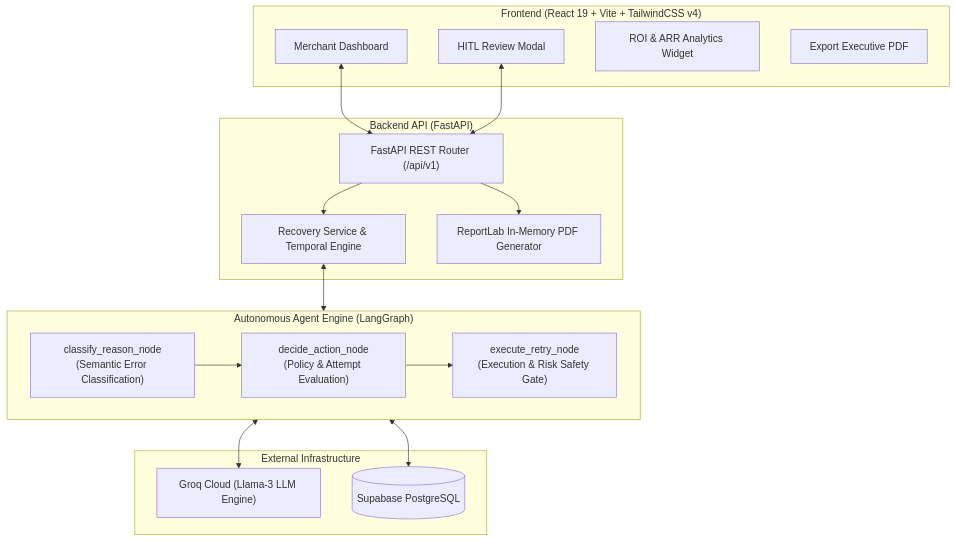
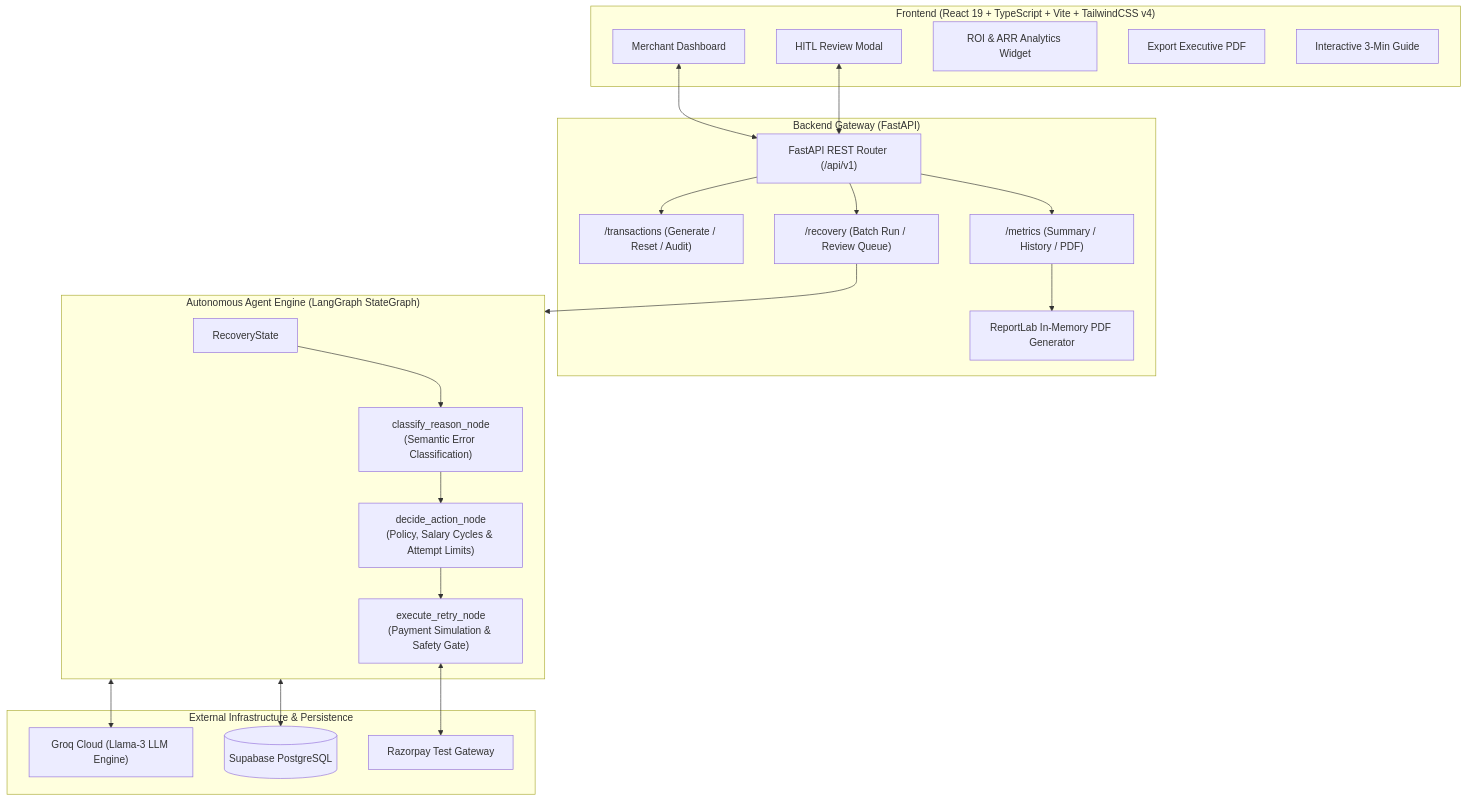
One commit to abhaysingh-22/Razorpay changed the diagram in README.md. Above: the diagram before and after it, drawn with Mermaid. The commit also changed other lines of this file, not shown here.

Commit message:
docs: update README with detailed architecture, multi-run lifecycle, and interactive demo guide

````diff
--- a/README.md
+++ b/README.md
@@ -29,35 +33,42 @@
 ```mermaid
 flowchart TD
-    subgraph Frontend ["Frontend (React 19 + Vite + TailwindCSS v4)"]
+    subgraph Frontend ["Frontend (React 19 + TypeScript + Vite + TailwindCSS v4)"]
         UI["Merchant Dashboard"]
         HITL_UI["HITL Review Modal"]
         ROI_UI["ROI & ARR Analytics Widget"]
         PDF_BTN["Export Executive PDF"]
+        GUIDE_UI["Interactive 3-Min Guide"]
     end
 
-    subgraph Backend ["Backend API (FastAPI)"]
+    subgraph Backend ["Backend Gateway (FastAPI)"]
         Router["FastAPI REST Router (/api/v1)"]
-        Service["Recovery Service & Temporal Engine"]
+        Tx_API["/transactions (Generate / Reset / Audit)"]
+        Rec_API["/recovery (Batch Run / Review Queue)"]
+        Met_API["/metrics (Summary / History / PDF)"]
         PDF_Engine["ReportLab In-Memory PDF Generator"]
     end
 
-    subgraph Agentic_Core ["Autonomous Agent Engine (LangGraph)"]
+    subgraph Agentic_Core ["Autonomous Agent Engine (LangGraph StateGraph)"]
+        State["RecoveryState"]
         Node1["classify_reason_node\n(Semantic Error Classification)"]
-        Node2["decide_action_node\n(Policy & Attempt Evaluation)"]
-        Node3["execute_retry_node\n(Execution & Risk Safety Gate)"]
-        Node1 --> Node2 --> Node3
+        Node2["decide_action_node\n(Policy, Salary Cycles & Attempt Limits)"]
+        Node3["execute_retry_node\n(Payment Simulation & Safety Gate)"]
+        
+        State --> Node1 --> Node2 --> Node3
     end
 
-    subgraph External ["External Infrastructure"]
+    subgraph External ["External Infrastructure & Persistence"]
         Groq["Groq Cloud (Llama-3 LLM Engine)"]
         Supabase[(Supabase PostgreSQL)]
+        RazorpaySDK["Razorpay Test Gateway"]
     end
 
     UI <--> Router
     HITL_UI <--> Router
-    Router --> Service
-    Service <--> Agentic_Core
+    Router --> Tx_API & Rec_API & Met_API
+    Rec_API --> Agentic_Core
     Agentic_Core <--> Groq
     Agentic_Core <--> Supabase
-    Router --> PDF_Engine
+    Node3 <--> RazorpaySDK
+    Met_API --> PDF_Engine
 ```
````
